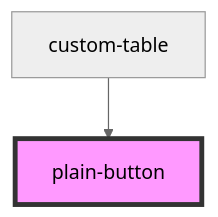
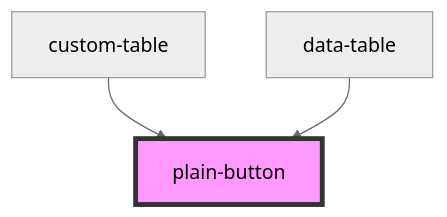
One commit to techvariable/NeptuneConnectComponents changed the diagram in src/components/plain-button/readme.md. Above: the diagram before and after it, drawn with Mermaid (neutral theme). The commit also changed other lines of this file and 14 other files, not shown here.

Commit message:
data table done

````diff
--- a/src/components/plain-button/readme.md
+++ b/src/components/plain-button/readme.md
@@ -28,5 +29,6 @@
 ```mermaid
 graph TD;
   custom-table --> plain-button
+  data-table --> plain-button
   style plain-button fill:#f9f,stroke:#333,stroke-width:4px
 ```
````
